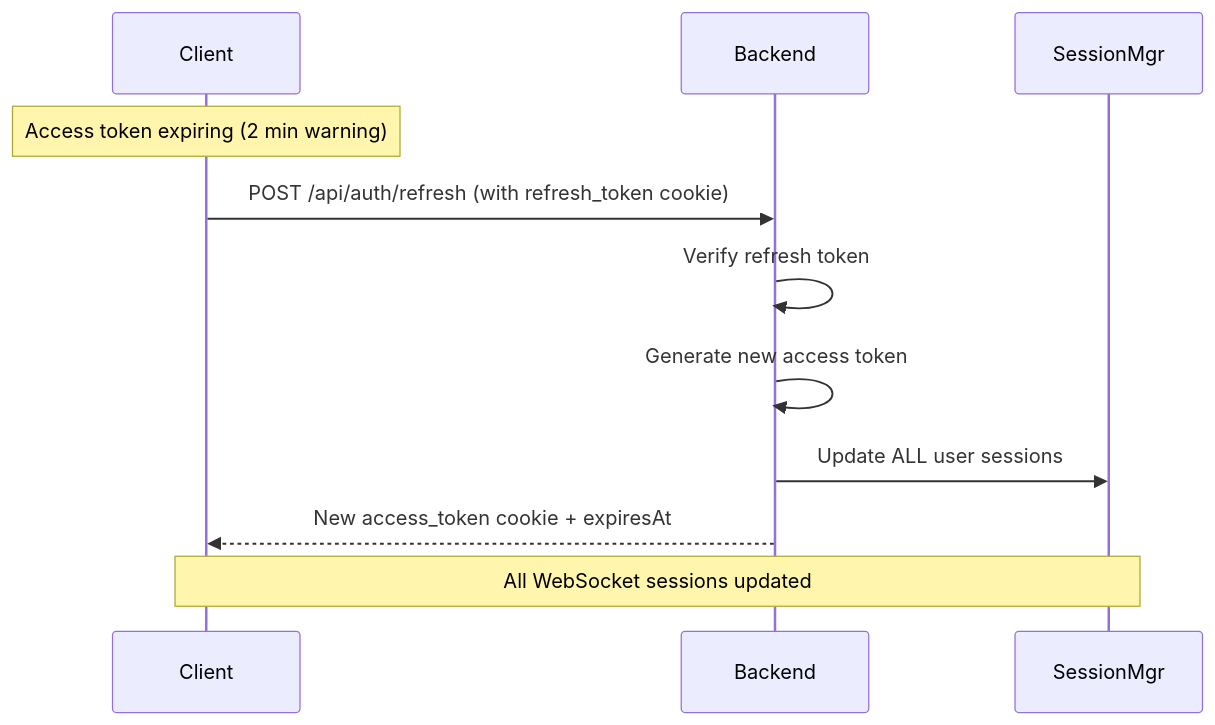
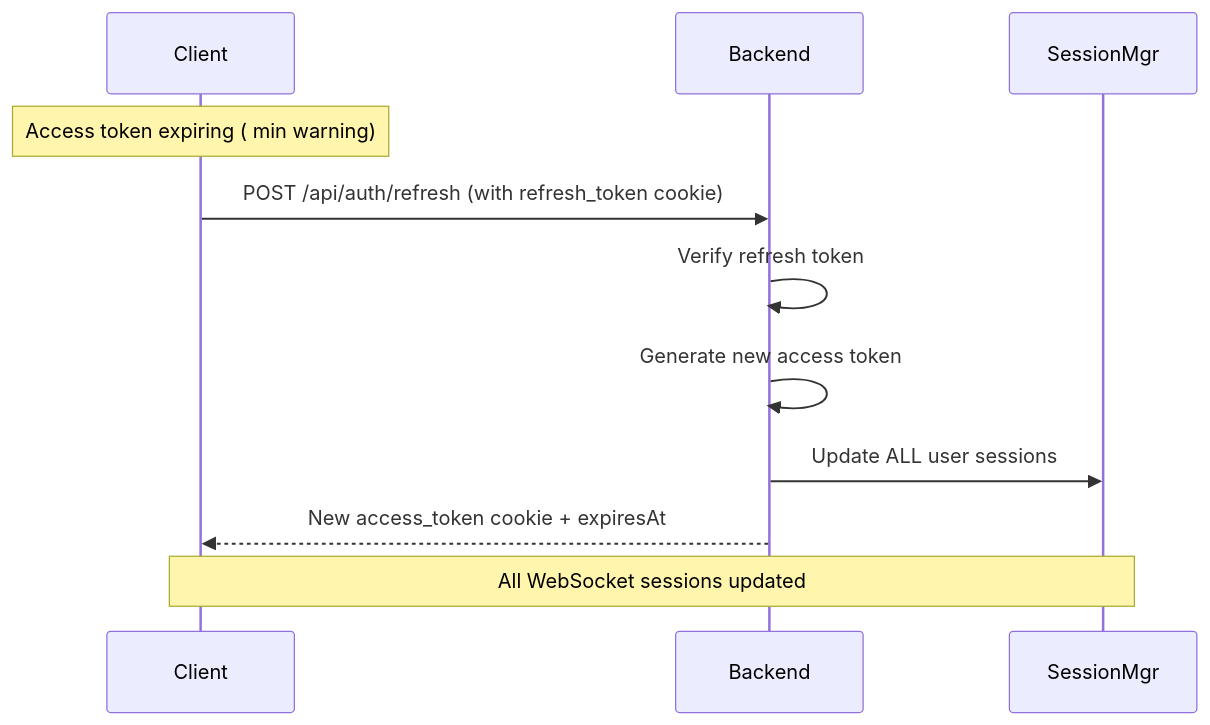
Before and after one commit to wadeck-app/agent-fleet: the diagram in packages/web-backend/docs/SECURITY.md, drawn with Mermaid. The commit also changed other lines of this file and 124 other files, not shown here.

````diff
--- a/packages/web-backend/docs/SECURITY.md
+++ b/packages/web-backend/docs/SECURITY.md
@@ -172,14 +172,14 @@
 ```mermaid
 sequenceDiagram
     participant Client
     participant Backend
     participant SessionMgr
 
-    Note over Client: Access token expiring (2 min warning)
+    Note over Client: Access token expiring ( min warning)
     Client->>Backend: POST /api/auth/refresh (with refresh_token cookie)
     Backend->>Backend: Verify refresh token
     Backend->>Backend: Generate new access token
     Backend->>SessionMgr: Update ALL user sessions
     Backend-->>Client: New access_token cookie + expiresAt
     Note over Client,SessionMgr: All WebSocket sessions updated
 ```
````
